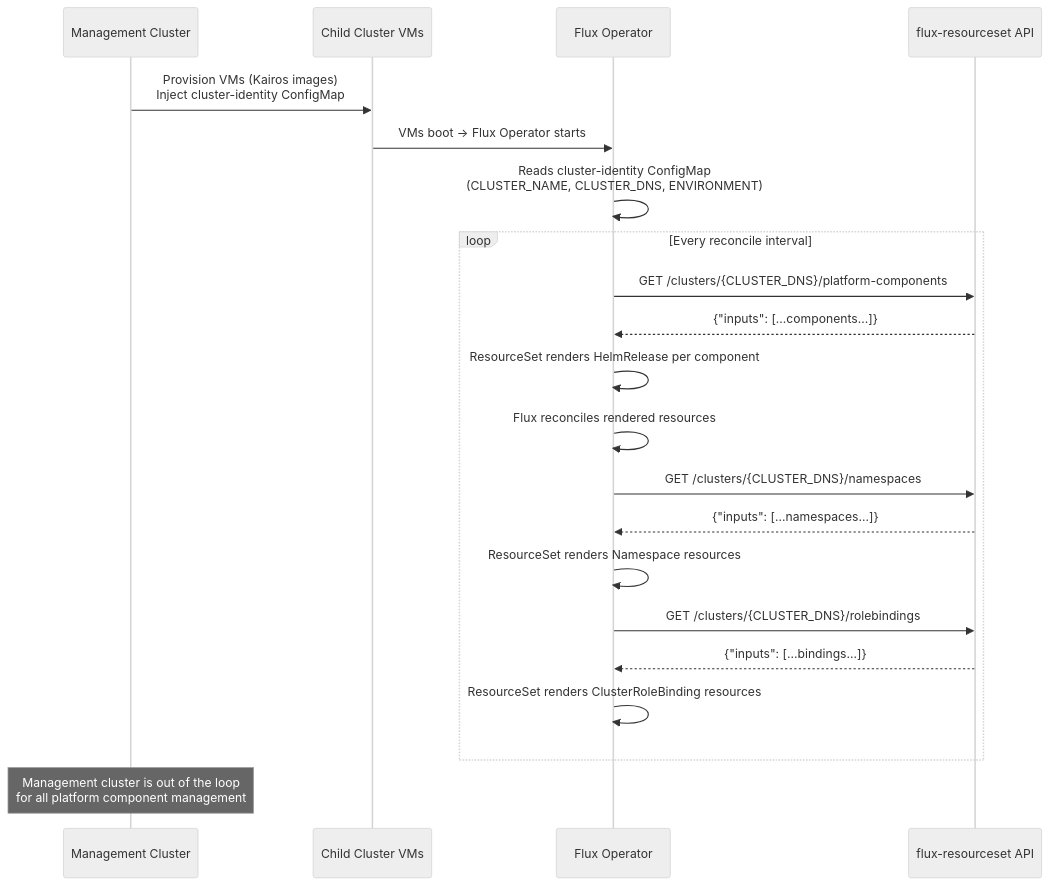
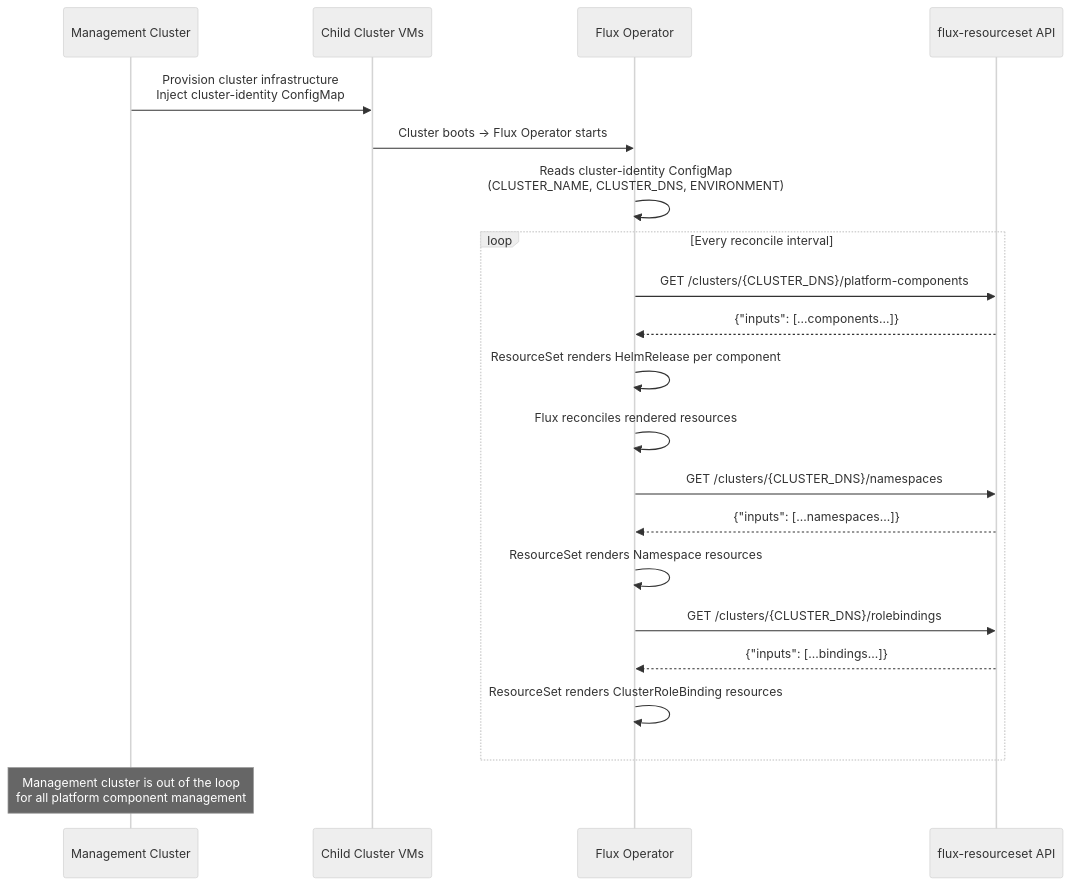
Before and after one commit to dgunzy/flux-resourceset: the first of 2 diagrams in docs/src/phone-home.md, drawn with Mermaid (neutral theme). The commit also changed other lines of this file and 10 other files, not shown here.

````diff
--- a/docs/src/phone-home.md
+++ b/docs/src/phone-home.md
@@ -7,28 +7,28 @@
 ```mermaid
 sequenceDiagram
     participant Mgmt as Management Cluster
     participant VM as Child Cluster VMs
     participant Flux as Flux Operator
     participant API as flux-resourceset API
 
-    Mgmt->>VM: Provision VMs (Kairos images)<br/>Inject cluster-identity ConfigMap
-    VM->>Flux: VMs boot → Flux Operator starts
+    Mgmt->>VM: Provision cluster infrastructure<br/>Inject cluster-identity ConfigMap
+    VM->>Flux: Cluster boots → Flux Operator starts
     Flux->>Flux: Reads cluster-identity ConfigMap<br/>(CLUSTER_NAME, CLUSTER_DNS, ENVIRONMENT)
 
     loop Every reconcile interval
         Flux->>API: GET /clusters/{CLUSTER_DNS}/platform-components
         API-->>Flux: {"inputs": [...components...]}
         Flux->>Flux: ResourceSet renders HelmRelease per component
         Flux->>Flux: Flux reconciles rendered resources
 
         Flux->>API: GET /clusters/{CLUSTER_DNS}/namespaces
         API-->>Flux: {"inputs": [...namespaces...]}
         Flux->>Flux: ResourceSet renders Namespace resources
 
         Flux->>API: GET /clusters/{CLUSTER_DNS}/rolebindings
         API-->>Flux: {"inputs": [...bindings...]}
         Flux->>Flux: ResourceSet renders ClusterRoleBinding resources
     end
 
     Note over Mgmt: Management cluster is out of the loop<br/>for all platform component management
 ```
````
